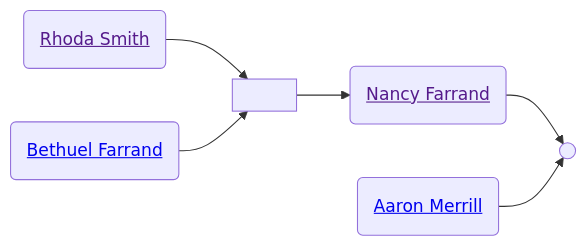
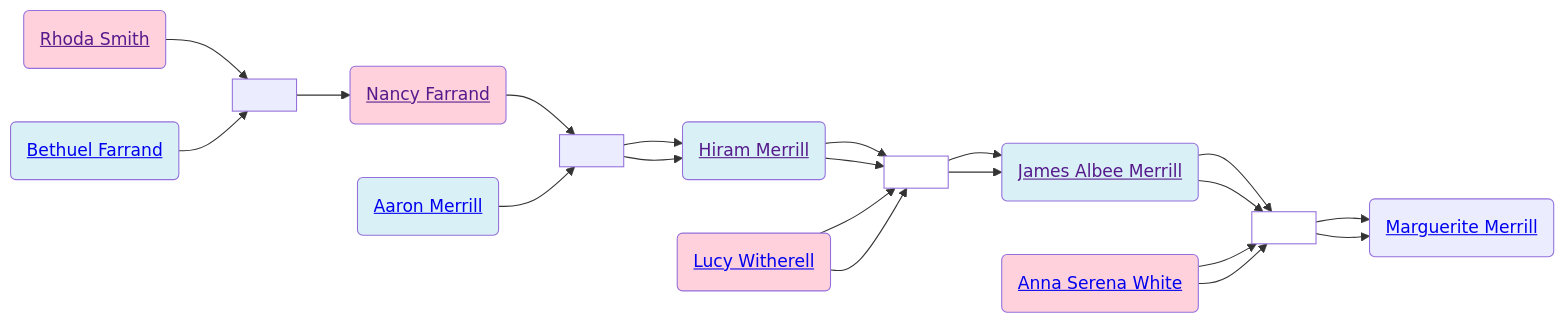
The diagram in familyhistory/sources/people/Merrill-line/Rhoda_Smith.qmd (neelsmith/avocational), drawn with Mermaid before and after one commit. The commit also changed 91 other files, not shown here.

Commit message:
Rebuild descendant diagrams

````diff
--- a/familyhistory/sources/people/Merrill-line/Rhoda_Smith.qmd
+++ b/familyhistory/sources/people/Merrill-line/Rhoda_Smith.qmd
@@ -26,14 +26,47 @@
 ```{mermaid}
 graph LR
+%% LR descendant diagram
 class Rhoda_Smith_and_Bethuel_Farrand marriage
 Rhoda_Smith(<a href=''>Rhoda Smith</>) --> Rhoda_Smith_and_Bethuel_Farrand[ ]
 Bethuel_Farrand(<a href='./White-line/Grandey/Bethuel_Farrand.html'>Bethuel Farrand</>) --> Rhoda_Smith_and_Bethuel_Farrand(( ))
+class Bethuel_Farrand father
+class Rhoda_Smith mother
 Rhoda_Smith_and_Bethuel_Farrand[ ] --> Nancy_Farrand(<a href='./Nancy_Farrand.html'>Nancy Farrand</>)
 class Nancy_Farrand_and_Aaron_Merrill marriage
 Nancy_Farrand(<a href=''>Nancy Farrand</>) --> Nancy_Farrand_and_Aaron_Merrill[ ]
 Aaron_Merrill(<a href='./Aaron_Merrill.html'>Aaron Merrill</>) --> Nancy_Farrand_and_Aaron_Merrill(( ))
+class Aaron_Merrill father
+class Nancy_Farrand mother
+Nancy_Farrand_and_Aaron_Merrill[ ] --> Hiram_Merrill(<a href='./Hiram_Merrill.html'>Hiram Merrill</>)
+class Hiram_Merrill_and_Lucy_Witherell marriage
+Hiram_Merrill(<a href=''>Hiram Merrill</>) --> Hiram_Merrill_and_Lucy_Witherell[ ]
+Lucy_Witherell(<a href='./Lucy_Witherell.html'>Lucy Witherell</>) --> Hiram_Merrill_and_Lucy_Witherell(( ))
+class Hiram_Merrill father
+class Lucy_Witherell mother
+Hiram_Merrill_and_Lucy_Witherell[ ] --> James_Albee_Merrill(<a href='./James_Albee_Merrill.html'>James Albee Merrill</>)
+class James_Albee_Merrill_and_Anna_Serena_White marriage
+James_Albee_Merrill(<a href=''>James Albee Merrill</>) --> James_Albee_Merrill_and_Anna_Serena_White[ ]
+Anna_Serena_White(<a href='./White-line/Anna_Serena_White.html'>Anna Serena White</>) --> James_Albee_Merrill_and_Anna_Serena_White(( ))
+class James_Albee_Merrill father
+class Anna_Serena_White mother
+James_Albee_Merrill_and_Anna_Serena_White[ ] --> Marguerite_Merrill(<a href='./Marguerite_Merrill.html'>Marguerite Merrill</>)
+class Aaron_Merrill father
+class Nancy_Farrand mother
+Nancy_Farrand_and_Aaron_Merrill[ ] --> Hiram_Merrill(<a href='./Hiram_Merrill.html'>Hiram Merrill</>)
+class Hiram_Merrill_and_Lucy_Witherell marriage
+Hiram_Merrill(<a href=''>Hiram Merrill</>) --> Hiram_Merrill_and_Lucy_Witherell[ ]
+Lucy_Witherell(<a href='./Lucy_Witherell.html'>Lucy Witherell</>) --> Hiram_Merrill_and_Lucy_Witherell(( ))
+class Hiram_Merrill father
+class Lucy_Witherell mother
+Hiram_Merrill_and_Lucy_Witherell[ ] --> James_Albee_Merrill(<a href='./James_Albee_Merrill.html'>James Albee Merrill</>)
+class James_Albee_Merrill_and_Anna_Serena_White marriage
+James_Albee_Merrill(<a href=''>James Albee Merrill</>) --> James_Albee_Merrill_and_Anna_Serena_White[ ]
+Anna_Serena_White(<a href='./White-line/Anna_Serena_White.html'>Anna Serena White</>) --> James_Albee_Merrill_and_Anna_Serena_White(( ))
+class James_Albee_Merrill father
+class Anna_Serena_White mother
+James_Albee_Merrill_and_Anna_Serena_White[ ] --> Marguerite_Merrill(<a href='./Marguerite_Merrill.html'>Marguerite Merrill</>)
 classDef mother fill:#ffd1dc
 classDef father fill:#daf0f7  
 classDef marriage fill:#ffffff
 
 ```
````
